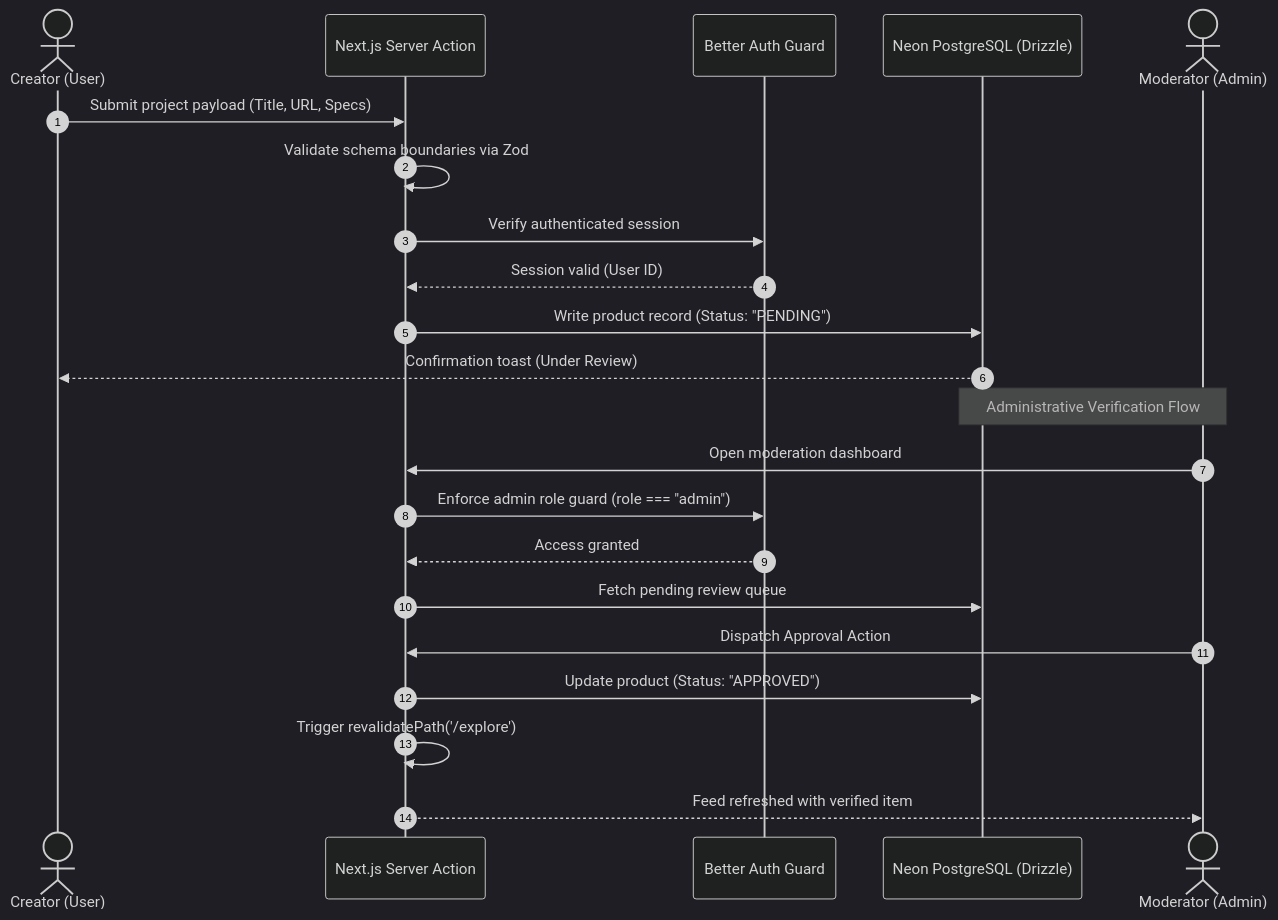
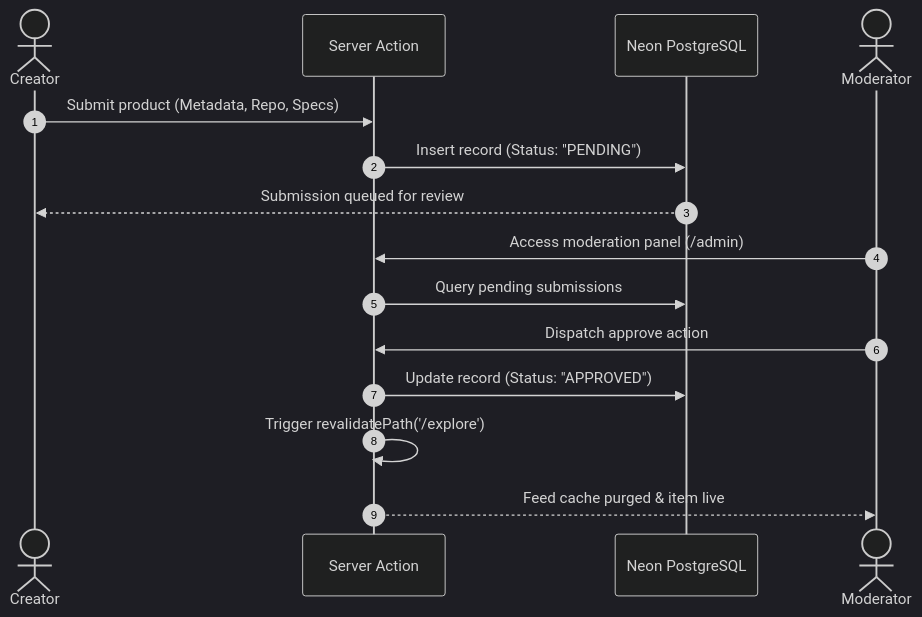
One commit to abdul-rahman-0x/atlash-hub changed the diagram in README.md. Above: the diagram before and after it, drawn with Mermaid (dark theme). The commit also changed other lines of this file, not shown here.

````diff
--- a/README.md
+++ b/README.md
@@ -60,26 +83,19 @@
 ```mermaid
 sequenceDiagram
     autonumber
-    actor Creator as Creator (User)
-    participant App as Next.js Server Action
-    participant Auth as Better Auth Guard
-    participant DB as Neon PostgreSQL (Drizzle)
-    actor Admin as Moderator (Admin)
+    actor Creator as Creator
+    participant App as Server Action
+    participant DB as Neon PostgreSQL
+    actor Admin as Moderator
 
-    Creator->>App: Submit project payload (Title, URL, Specs)
-    App->>App: Validate schema boundaries via Zod
-    App->>Auth: Verify authenticated session
-    Auth-->>App: Session valid (User ID)
-    App->>DB: Write product record (Status: "PENDING")
-    DB-->>Creator: Confirmation toast (Under Review)
+    Creator->>App: Submit product (Metadata, Repo, Specs)
+    App->>DB: Insert record (Status: "PENDING")
+    DB-->>Creator: Submission queued for review
 
-    Note over Admin,DB: Administrative Verification Flow
-    Admin->>App: Open moderation dashboard
-    App->>Auth: Enforce admin role guard (role === "admin")
-    Auth-->>App: Access granted
-    App->>DB: Fetch pending review queue
-    Admin->>App: Dispatch Approval Action
-    App->>DB: Update product (Status: "APPROVED")
+    Admin->>App: Access moderation panel (/admin)
+    App->>DB: Query pending submissions
+    Admin->>App: Dispatch approve action
+    App->>DB: Update record (Status: "APPROVED")
     App->>App: Trigger revalidatePath('/explore')
-    App-->>Admin: Feed refreshed with verified item
+    App-->>Admin: Feed cache purged & item live
 ```
````
